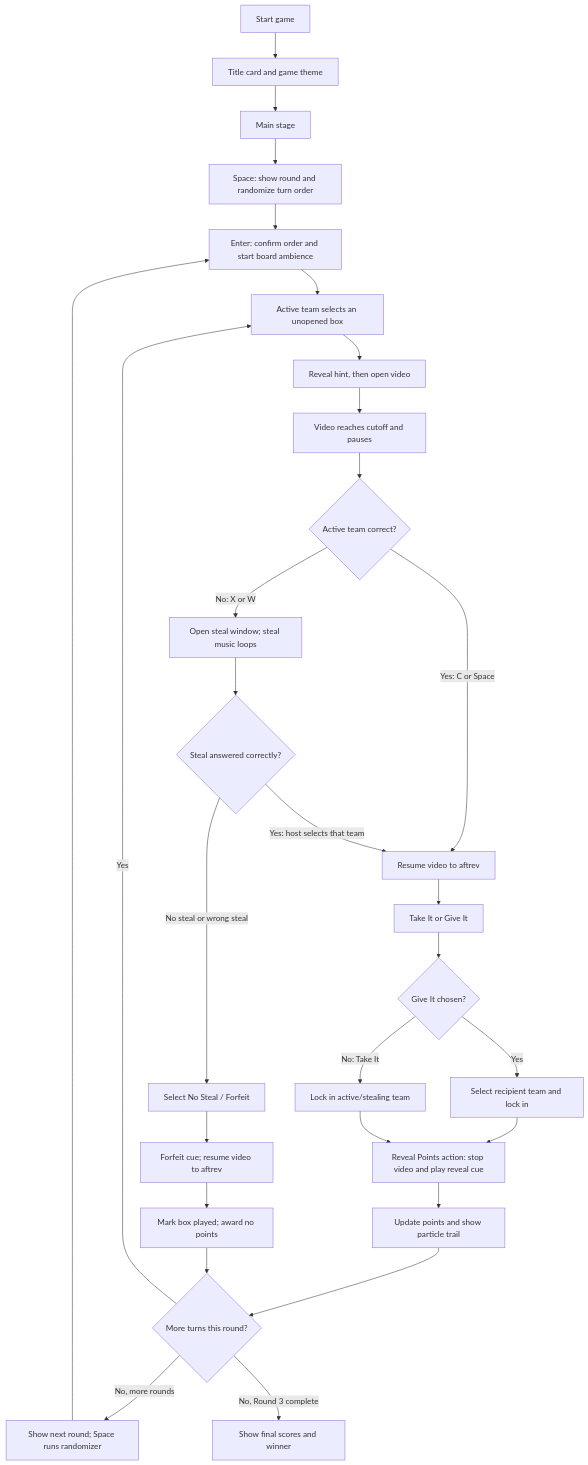
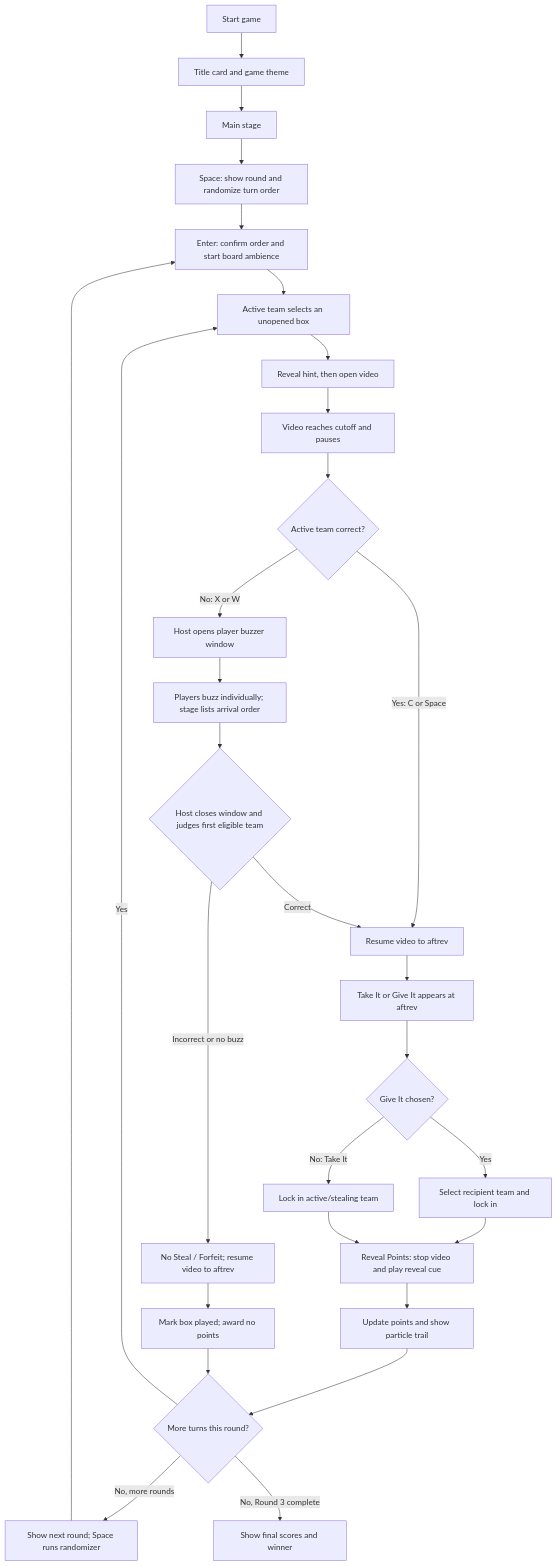
One commit to justinetolin/Dont-Forget-the-Lyrics changed the diagram in Game Content and Run Guide.md. Above: the diagram before and after it, drawn with Mermaid. The commit also changed other lines of this file and 17 other files, not shown here.

````diff
--- a/Game Content and Run Guide.md
+++ b/Game Content and Run Guide.md
@@ -52,31 +52,31 @@
 ```mermaid
 flowchart TD
     A[Start game] --> B[Title card and game theme]
     B --> C[Main stage]
     C --> D[Space: show round and randomize turn order]
     D --> E[Enter: confirm order and start board ambience]
     E --> F[Active team selects an unopened box]
     F --> G[Reveal hint, then open video]
     G --> H[Video reaches cutoff and pauses]
     H --> I{Active team correct?}
     I -- Yes: C or Space --> J[Resume video to aftrev]
-    I -- No: X or W --> K[Open steal window; steal music loops]
-    K --> L{Steal answered correctly?}
-    L -- Yes: host selects that team --> J
-    L -- No steal or wrong steal --> M[Select No Steal / Forfeit]
-    M --> N[Forfeit cue; resume video to aftrev]
-    J --> O[Take It or Give It]
+    I -- No: X or W --> K[Host opens player buzzer window]
+    K --> L[Players buzz individually; stage lists arrival order]
+    L --> M{Host closes window and judges first eligible team}
+    M -- Correct --> J
+    M -- Incorrect or no buzz --> N[No Steal / Forfeit; resume video to aftrev]
+    J --> O[Take It or Give It appears at aftrev]
     O --> P{Give It chosen?}
     P -- Yes --> Q[Select recipient team and lock in]
     P -- No: Take It --> R[Lock in active/stealing team]
-    Q --> S[Reveal Points action: stop video and play reveal cue]
+    Q --> S[Reveal Points: stop video and play reveal cue]
     R --> S
     S --> T[Update points and show particle trail]
     N --> U[Mark box played; award no points]
     T --> V{More turns this round?}
     U --> V
     V -- Yes --> F
     V -- No, more rounds --> W[Show next round; Space runs randomizer]
     W --> E
     V -- No, Round 3 complete --> X[Show final scores and winner]
 ```
````
